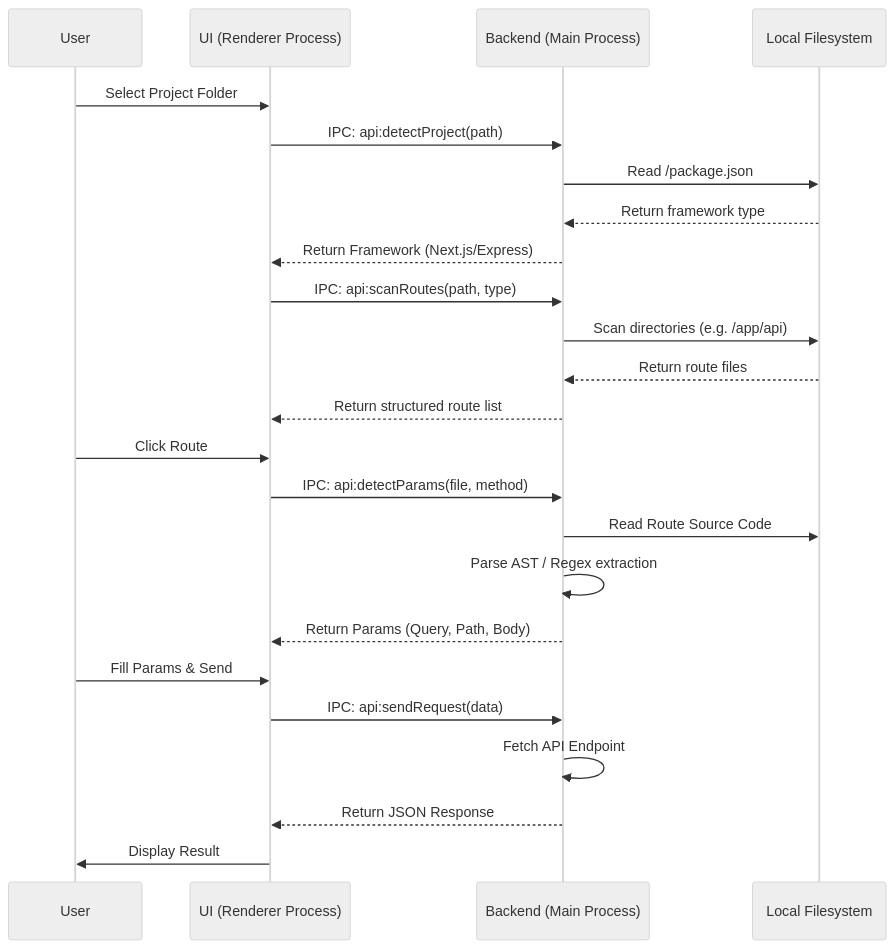
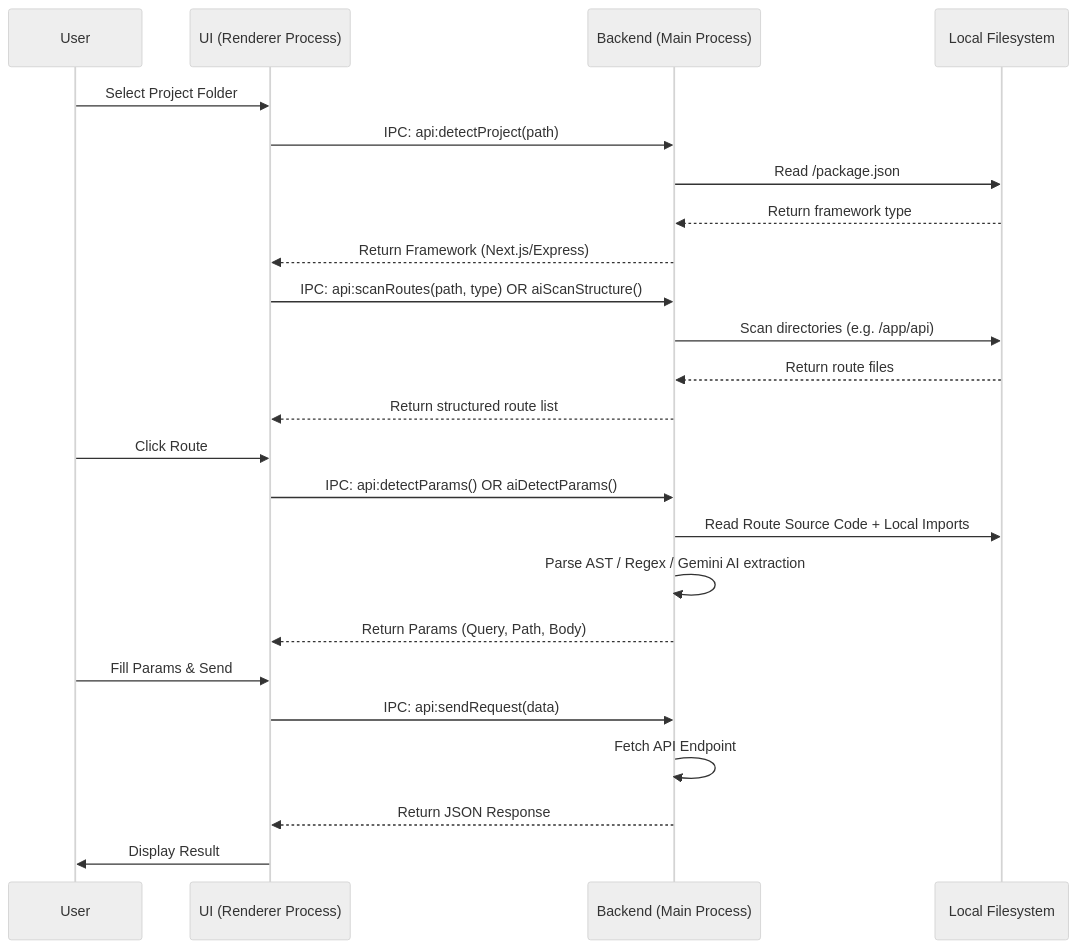
One commit to MsCoder50/APIxray changed the first of 2 diagrams in README.md. Above: the diagram before and after it, drawn with Mermaid (neutral theme). The commit also changed other lines of this file, not shown here.

Commit message:
updated documentation according to new Hybrid Structure of scanning and analysis

````diff
--- a/README.md
+++ b/README.md
@@ -32,30 +33,30 @@
 ```mermaid
 sequenceDiagram
     participant User as User
     participant Renderer as UI (Renderer Process)
     participant Main as Backend (Main Process)
     participant Filesystem as Local Filesystem
 
     User->>Renderer: Select Project Folder
     Renderer->>Main: IPC: api:detectProject(path)
     Main->>Filesystem: Read /package.json
     Filesystem-->>Main: Return framework type
     Main-->>Renderer: Return Framework (Next.js/Express)
     
-    Renderer->>Main: IPC: api:scanRoutes(path, type)
+    Renderer->>Main: IPC: api:scanRoutes(path, type) OR aiScanStructure()
     Main->>Filesystem: Scan directories (e.g. /app/api)
     Filesystem-->>Main: Return route files
     Main-->>Renderer: Return structured route list
     
     User->>Renderer: Click Route
-    Renderer->>Main: IPC: api:detectParams(file, method)
-    Main->>Filesystem: Read Route Source Code
-    Main->>Main: Parse AST / Regex extraction
+    Renderer->>Main: IPC: api:detectParams() OR aiDetectParams()
+    Main->>Filesystem: Read Route Source Code + Local Imports
+    Main->>Main: Parse AST / Regex / Gemini AI extraction
     Main-->>Renderer: Return Params (Query, Path, Body)
     
     User->>Renderer: Fill Params & Send
     Renderer->>Main: IPC: api:sendRequest(data)
     Main->>Main: Fetch API Endpoint
     Main-->>Renderer: Return JSON Response
     Renderer->>User: Display Result
 ```
````
